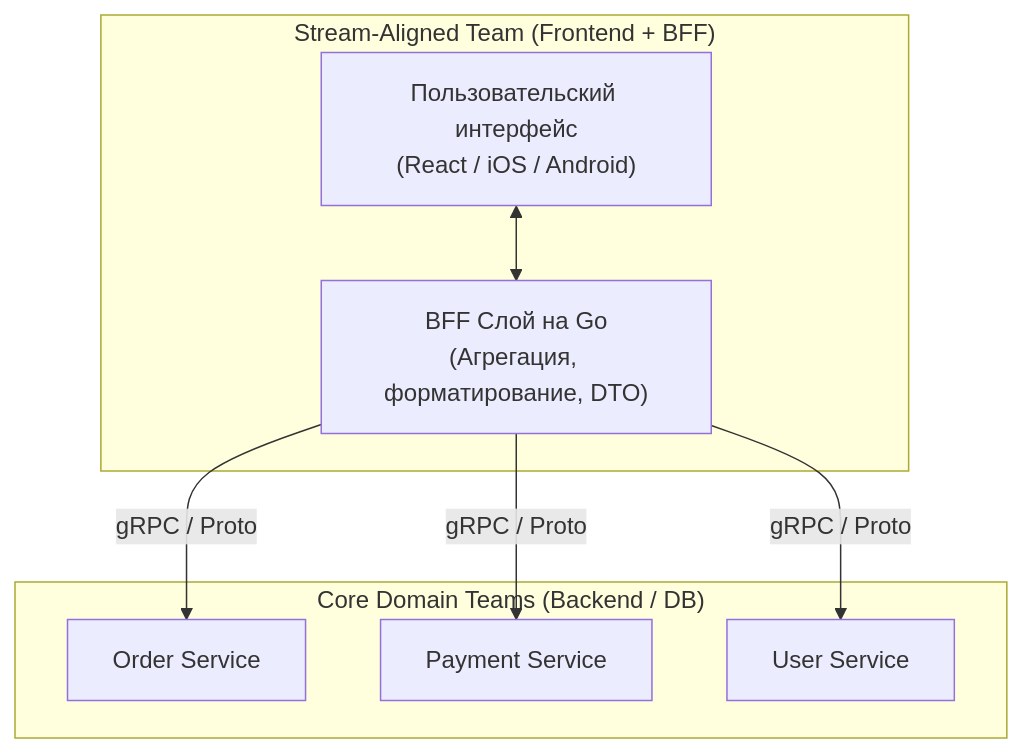
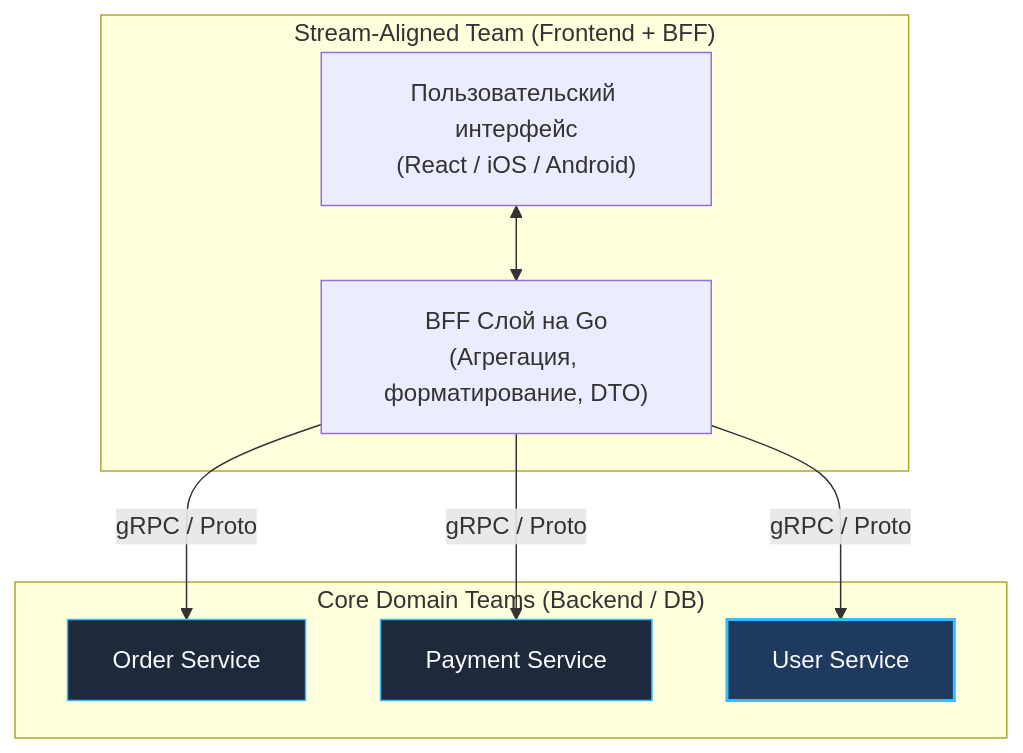
Before and after one commit to UnrealTemplier/go-textbook: the first of 2 diagrams in sources/14. Распределенные системы на Go/09. Паттерны/6. Backend for frontend.md, drawn with Mermaid. The commit also changed other lines of this file and 1666 other files, not shown here.

First line of the commit message:
feat(mermaid): add semantic color classDef to 1369 colorless flowchart/graph diagrams

````diff
--- a/sources/14. Распределенные системы на Go/09. Паттерны/6. Backend for frontend.md
+++ b/sources/14. Распределенные системы на Go/09. Паттерны/6. Backend for frontend.md
@@ -26,18 +26,28 @@
 ```mermaid
 flowchart TD
+    classDef process  fill:#1e293b,stroke:#38bdf8,stroke-width:1px,color:#f8fafc
+    classDef success  fill:#064e3b,stroke:#34d399,stroke-width:1px,color:#f8fafc
+    classDef error    fill:#7f1d1d,stroke:#f87171,stroke-width:1px,color:#f8fafc
+    classDef warning  fill:#78350f,stroke:#fbbf24,stroke-width:1px,color:#f8fafc
+    classDef entry    fill:#1e3a5f,stroke:#38bdf8,stroke-width:2px,color:#f8fafc
+    classDef aux      fill:#334155,stroke:#64748b,stroke-width:1px,color:#f8fafc
+    classDef system   fill:#312e81,stroke:#a78bfa,stroke-width:1px,color:#f8fafc
+    classDef data     fill:#132d29,stroke:#2dd4bf,stroke-width:1px,color:#f8fafc
+    classDef network  fill:#881337,stroke:#fb7185,stroke-width:1px,color:#f8fafc
+    classDef accent   fill:#1e1b4b,stroke:#818cf8,stroke-width:1px,color:#f8fafc
     subgraph StreamTeam["Stream-Aligned Team (Frontend + BFF)"]
         UI["Пользовательский интерфейс<br>(React / iOS / Android)"]
         BFF["BFF Слой на Go<br>(Агрегация, форматирование, DTO)"]
         UI <--> BFF
     end
 
     subgraph BackendTeams["Core Domain Teams (Backend / DB)"]
-        OrderSvc["Order Service"]
-        PaymentSvc["Payment Service"]
-        UserSvc["User Service"]
+        OrderSvc["Order Service"]:::process
+        PaymentSvc["Payment Service"]:::process
+        UserSvc["User Service"]:::entry
     end
 
     BFF -->|"gRPC / Proto"| OrderSvc
     BFF -->|"gRPC / Proto"| PaymentSvc
     BFF -->|"gRPC / Proto"| UserSvc
 ```
````
